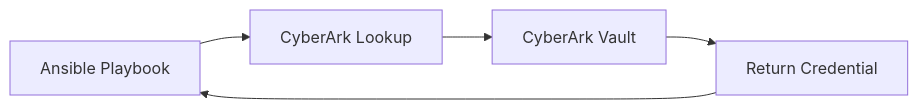
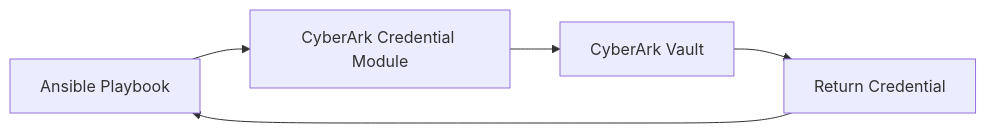
Before and after one commit to OneUptime/blog: the diagram in posts/2026-02-21-ansible-cyberark-credential-management/README.md, drawn with Mermaid. The commit also changed other lines of this file and 2 other files, not shown here.

Commit message:
validate: 2026-02-21-ansible-cyberark-credential-management

````diff
--- a/posts/2026-02-21-ansible-cyberark-credential-management/README.md
+++ b/posts/2026-02-21-ansible-cyberark-credential-management/README.md
@@ -15,7 +15,7 @@
 ```mermaid
 graph LR
-    A[Ansible Playbook] --> B[CyberArk Lookup]
+    A[Ansible Playbook] --> B[CyberArk Credential Module]
     B --> C[CyberArk Vault]
     C --> D[Return Credential]
     D --> A
 ```
````
